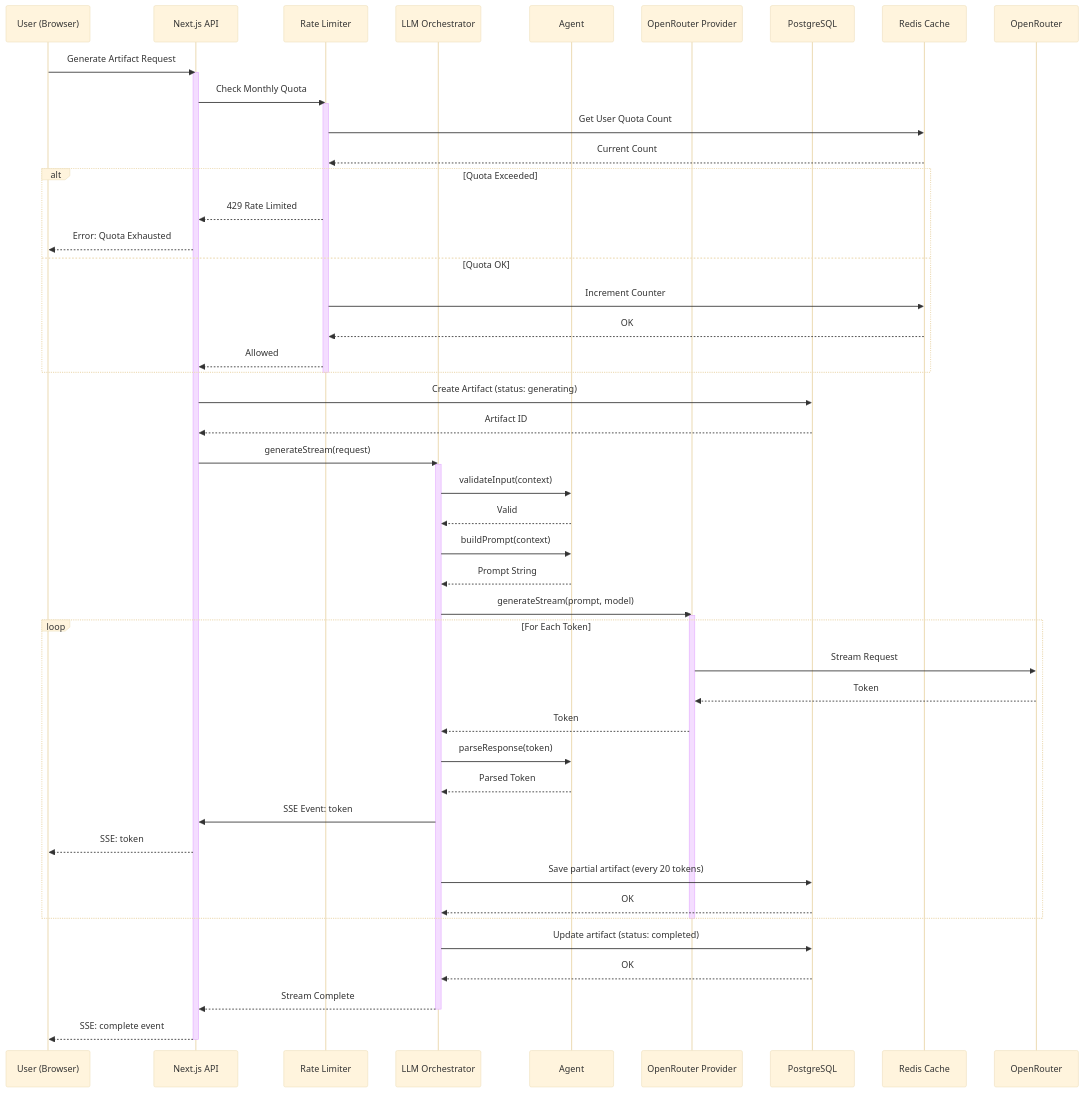
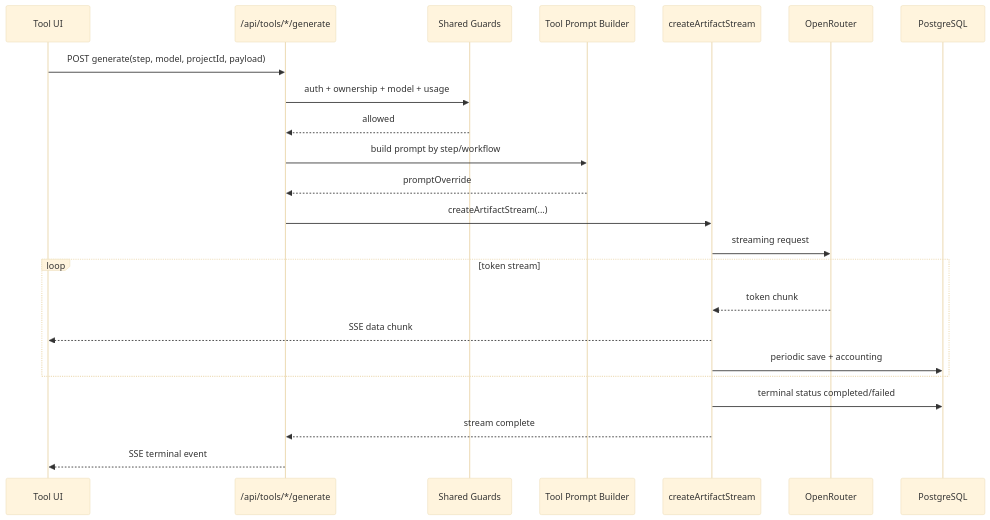
Before and after one commit to federicogerardi/gen-app: the sixth of 8 diagrams in docs/diagrams/architecture-diagrams.md, drawn with Mermaid (base theme). The commit also changed other lines of this file and 149 other files, not shown here.

First line of the commit message:
chore(release): promote dev to main — ADR004 composable tool-pages complete (#46)

````diff
--- a/docs/diagrams/architecture-diagrams.md
+++ b/docs/diagrams/architecture-diagrams.md
@@ -66,69 +185,28 @@
 ```mermaid
 sequenceDiagram
-    participant User as User (Browser)
-    participant API as Next.js API
-    participant Quota as Rate Limiter
-    participant Orchestrator as LLM Orchestrator
-    participant Agent as Agent
-    participant Provider as OpenRouter Provider
+    participant UI as Tool UI
+    participant Route as /api/tools/*/generate
+    participant Guards as Shared Guards
+    participant Prompt as Tool Prompt Builder
+    participant Stream as createArtifactStream
+    participant LLM as OpenRouter
     participant DB as PostgreSQL
-    participant Cache as Redis Cache
 
-    User->>API: Generate Artifact Request
-    activate API
-    
-    API->>Quota: Check Monthly Quota
-    activate Quota
-    Quota->>Cache: Get User Quota Count
-    Cache-->>Quota: Current Count
-    alt Quota Exceeded
-        Quota-->>API: 429 Rate Limited
-        API-->>User: Error: Quota Exhausted
-    else Quota OK
-        Quota->>Cache: Increment Counter
-        Cache-->>Quota: OK
-        Quota-->>API: Allowed
+    UI->>Route: POST generate(step, model, projectId, payload)
+    Route->>Guards: auth + ownership + model + usage
+    Guards-->>Route: allowed
+    Route->>Prompt: build prompt by step/workflow
+    Prompt-->>Route: promptOverride
+    Route->>Stream: createArtifactStream(...)
+    Stream->>LLM: streaming request
+
+    loop token stream
+        LLM-->>Stream: token chunk
+        Stream-->>UI: SSE data chunk
+        Stream->>DB: periodic save + accounting
     end
-    deactivate Quota
 
-    API->>DB: Create Artifact (status: generating)
-    DB-->>API: Artifact ID
-
-    API->>Orchestrator: generateStream(request)
-    activate Orchestrator
-    
-    Orchestrator->>Agent: validateInput(context)
-    Agent-->>Orchestrator: Valid
-    
-    Orchestrator->>Agent: buildPrompt(context)
-    Agent-->>Orchestrator: Prompt String
-    
-    Orchestrator->>Provider: generateStream(prompt, model)
-    activate Provider
-    
-    loop For Each Token
-        Provider->>OpenRouter: Stream Request
-        OpenRouter-->>Provider: Token
-        Provider-->>Orchestrator: Token
-        
-        Orchestrator->>Agent: parseResponse(token)
-        Agent-->>Orchestrator: Parsed Token
-        
-        Orchestrator->>API: SSE Event: token
-        API-->>User: SSE: token
-        
-        Orchestrator->>DB: Save partial artifact (every 20 tokens)
-        DB-->>Orchestrator: OK
-    end
-    
-    deactivate Provider
-    
-    Orchestrator->>DB: Update artifact (status: completed)
-    DB-->>Orchestrator: OK
-    
-    Orchestrator-->>API: Stream Complete
-    deactivate Orchestrator
-    
-    API-->>User: SSE: complete event
-    deactivate API
+    Stream->>DB: terminal status completed/failed
+    Stream-->>Route: stream complete
+    Route-->>UI: SSE terminal event
 ```
````
